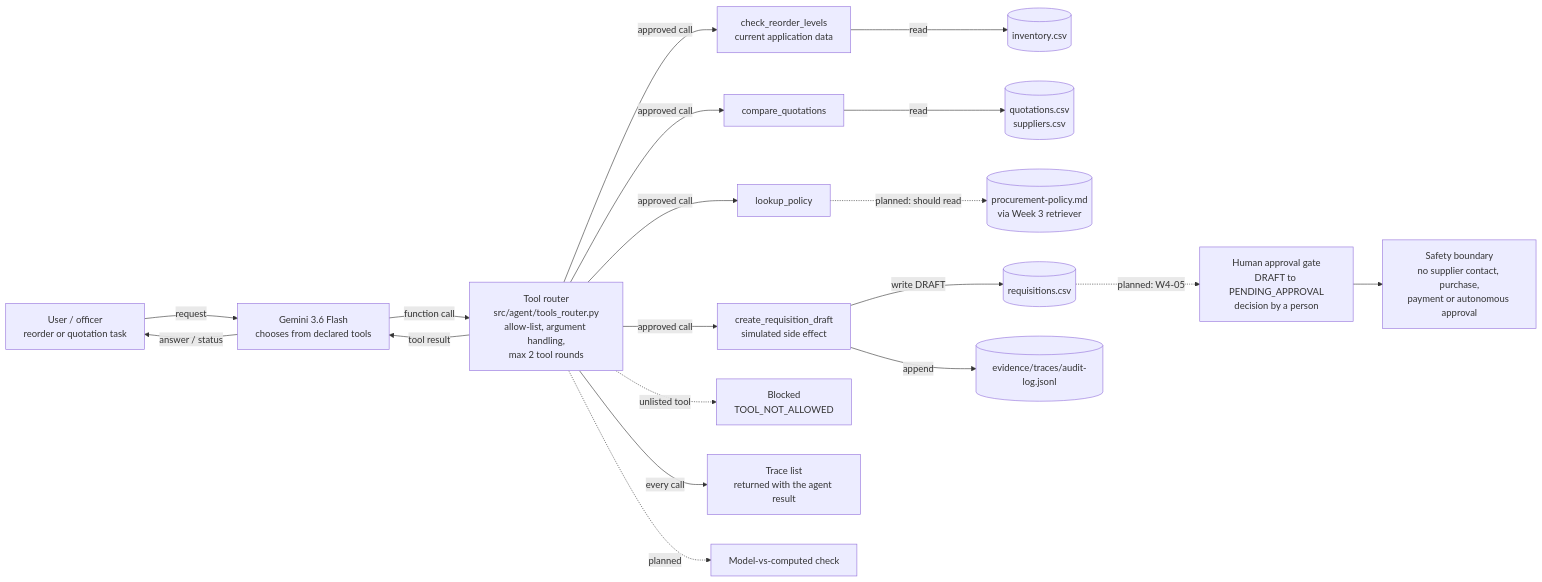
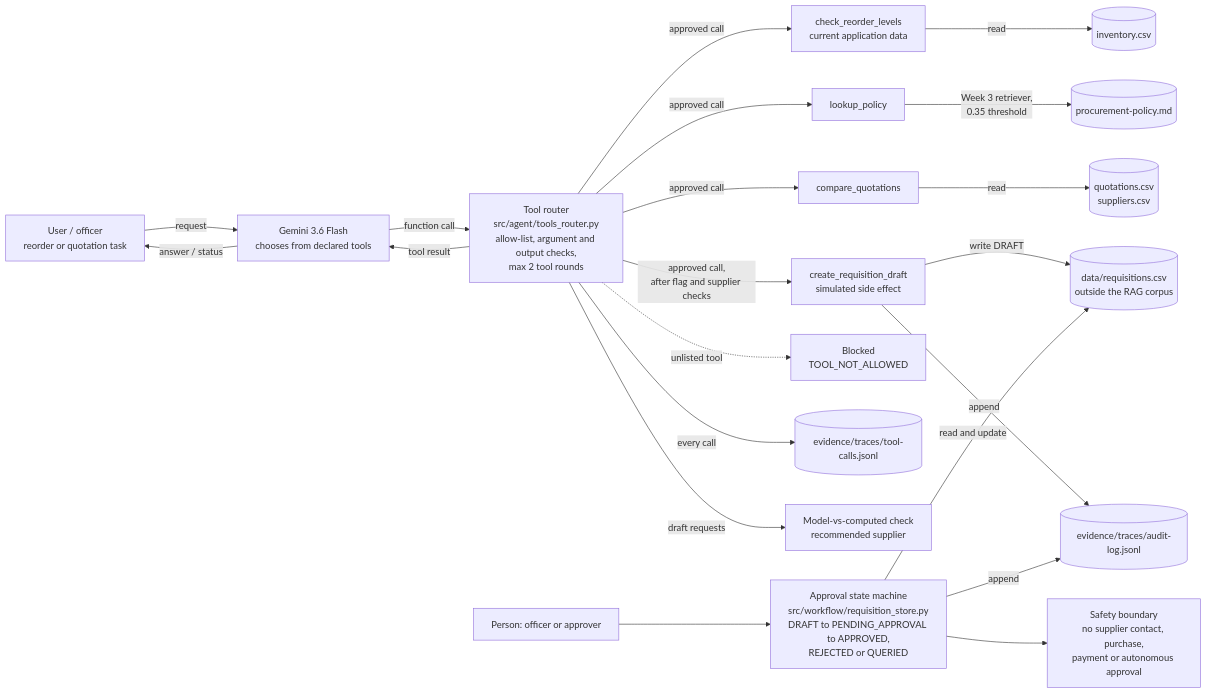
The diagram in BSE4104-SME-PROCUREMENT-AGENT/docs/architecture/week4-architecture.md (ashabaahebwamable/GROUP-T), drawn with Mermaid before and after one commit. The commit also changed other lines of this file and 14 other files, not shown here.

````diff
--- a/BSE4104-SME-PROCUREMENT-AGENT/docs/architecture/week4-architecture.md
+++ b/BSE4104-SME-PROCUREMENT-AGENT/docs/architecture/week4-architecture.md
@@ -5,24 +5,26 @@
 ```mermaid
 flowchart LR
     U["User / officer<br/>reorder or quotation task"] -->|request| M["Gemini 3.6 Flash<br/>chooses from declared tools"]
-    M -->|function call| R["Tool router<br/>src/agent/tools_router.py<br/>allow-list, argument handling,<br/>max 2 tool rounds"]
+    M -->|function call| R["Tool router<br/>src/agent/tools_router.py<br/>allow-list, argument and output checks,<br/>max 2 tool rounds"]
     R -->|tool result| M
     M -->|answer / status| U
 
     R -->|approved call| T1["check_reorder_levels<br/>current application data"]
     R -->|approved call| T2["lookup_policy"]
     R -->|approved call| T3["compare_quotations"]
-    R -->|approved call| T4["create_requisition_draft<br/>simulated side effect"]
+    R -->|"approved call,<br/>after flag and supplier checks"| T4["create_requisition_draft<br/>simulated side effect"]
     R -. "unlisted tool" .-> X["Blocked<br/>TOOL_NOT_ALLOWED"]
 
     T1 -->|read| INV[("inventory.csv")]
     T3 -->|read| QS[("quotations.csv<br/>suppliers.csv")]
-    T2 -. "planned: should read" .-> POL[("procurement-policy.md<br/>via Week 3 retriever")]
-    T4 -->|write DRAFT| REQ[("requisitions.csv")]
+    T2 -->|"Week 3 retriever,<br/>0.35 threshold"| POL[("procurement-policy.md")]
+    T4 -->|write DRAFT| REQ[("data/requisitions.csv<br/>outside the RAG corpus")]
     T4 -->|append| AUD[("evidence/traces/audit-log.jsonl")]
 
-    R -->|every call| TR["Trace list<br/>returned with the agent result"]
-    R -. "planned" .-> MC["Model-vs-computed check"]
-    REQ -. "planned: W4-05" .-> H["Human approval gate<br/>DRAFT to PENDING_APPROVAL<br/>decision by a person"]
+    R -->|every call| TR[("evidence/traces/tool-calls.jsonl")]
+    R -->|draft requests| MC["Model-vs-computed check<br/>recommended supplier"]
+    P["Person: officer or approver"] --> H["Approval state machine<br/>src/workflow/requisition_store.py<br/>DRAFT to PENDING_APPROVAL to APPROVED,<br/>REJECTED or QUERIED"]
+    H -->|read and update| REQ
+    H -->|append| AUD
     H --> SB["Safety boundary<br/>no supplier contact, purchase,<br/>payment or autonomous approval"]
 ```
````
